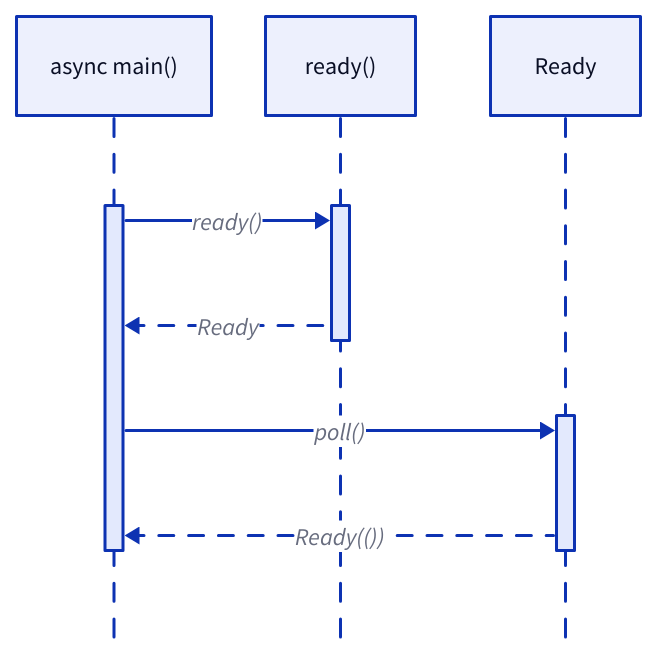
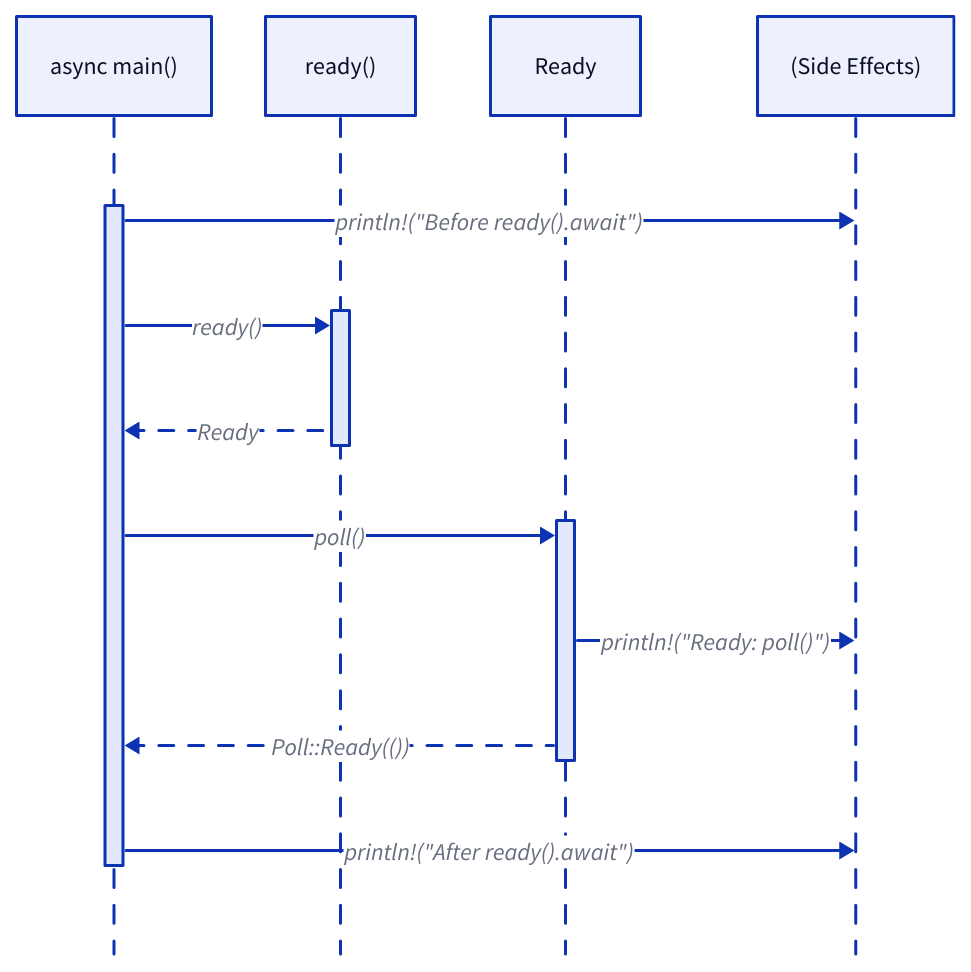
Before and after one commit to hds/hegdenu.net: the diagram in resources/understanding-async-await/diagrams/ready-sequence_diagram-v1.d2, drawn with D2. The commit also changed 11 other files, not shown here.

```diff
--- a/resources/understanding-async-await/diagrams/ready-sequence_diagram-v1.d2
+++ b/resources/understanding-async-await/diagrams/ready-sequence_diagram-v1.d2
@@ -1,15 +1,21 @@
 shape: sequence_diagram
 
 main: async main()
 fn_ready: ready()
 ready: Ready
+sa: (Side Effects)
+
+main.task -> sa: println!("Before ready().await")
 
 main.task -> fn_ready.fn: ready()
 main.task <- fn_ready.fn: Ready {
   style.stroke-dash: 5
 }
 
 main.task -> ready.future: poll()
-main.task <- ready.future: Ready(()) {
+ready.future -> sa: println!("Ready: poll()")
+main.task <- ready.future: Poll::Ready(()) {
   style.stroke-dash: 5
 }
+
+main.task -> sa: println!("After ready().await")
```
